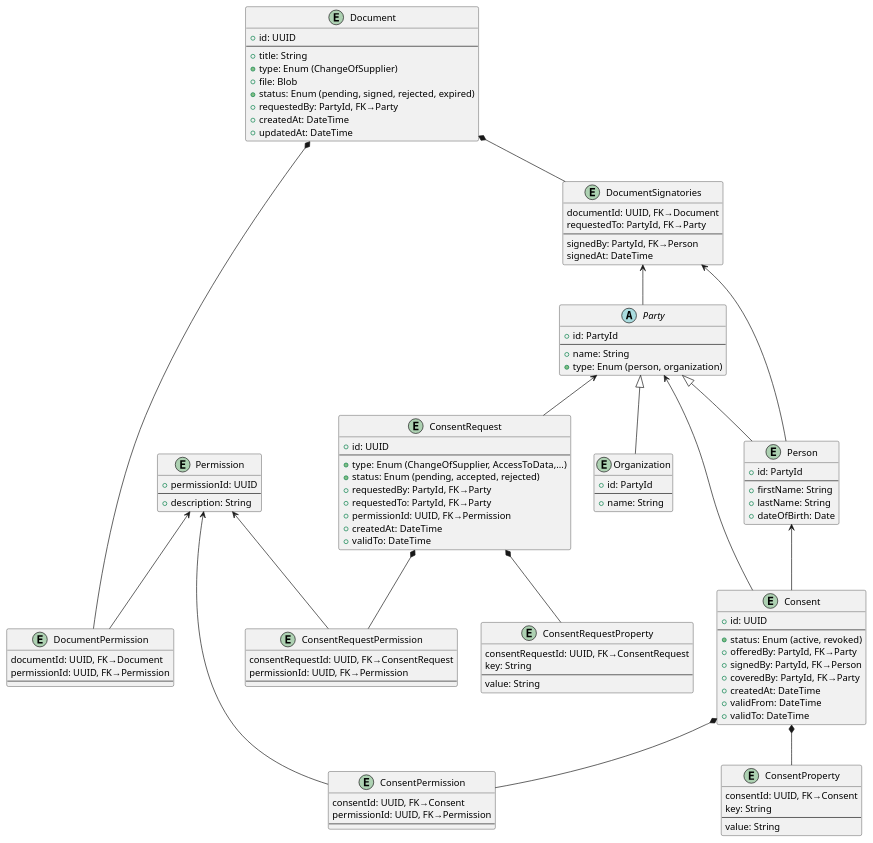
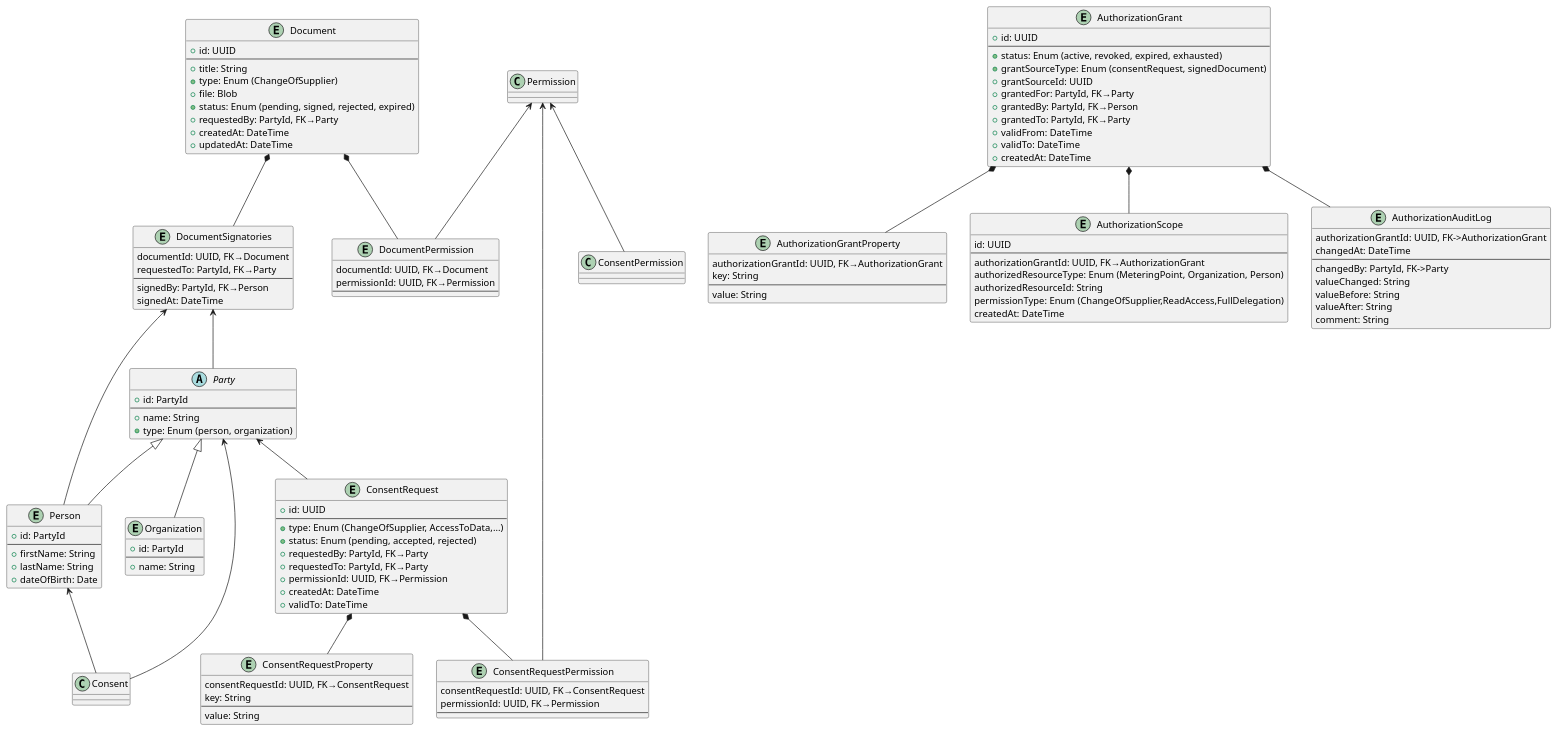
One commit to elhub/auth-grant-manager changed the diagram in docs/datamodel/datamodel.plantuml. Above: the diagram before and after it, drawn with PlantUML. The commit also changed 6 other files, not shown here.

```diff
--- a/docs/datamodel/datamodel.plantuml
+++ b/docs/datamodel/datamodel.plantuml
@@ -1,130 +1,142 @@
 @startuml datamodel
 
 ' The PartyId is a type that is used to identify a party
 ' It can be an elhub user Id or a GLN. It is a string because it can be a UUID or a GLN-number
 ' type PartyId = String
 
 abstract Party {
   + id: PartyId
   --
   + name: String
   + type: Enum (person, organization)
 }
 
 entity Person {
   + id: PartyId
   --
   + firstName: String
   + lastName: String
   + dateOfBirth: Date
 }
 
 entity Organization {
   + id: PartyId
   --
   + name: String
 }
 
-entity Consent {
+entity AuthorizationGrant {
   + id: UUID
   --
-  + status: Enum (active, revoked)
-  + offeredBy: PartyId, FK→Party
-  + signedBy: PartyId, FK→Person
-  + coveredBy: PartyId, FK→Party
-  + createdAt: DateTime
+  + status: Enum (active, revoked, expired, exhausted)
+  + grantSourceType: Enum (consentRequest, signedDocument)
+  + grantSourceId: UUID
+  + grantedFor: PartyId, FK→Party
+  + grantedBy: PartyId, FK→Person
+  + grantedTo: PartyId, FK→Party
   + validFrom: DateTime
   + validTo: DateTime
+  + createdAt: DateTime
 }
 
-' Used to store metadata related to the Consent
-entity ConsentProperty {
-  consentId: UUID, FK→Consent
+' Used to store metadata related to the AuthorizationGrant
+entity AuthorizationGrantProperty {
+  authorizationGrantId: UUID, FK→AuthorizationGrant
   key: String
   --
   value: String
 }
 
-entity ConsentPermission {
-  consentId: UUID, FK→Consent
-  permissionId: UUID, FK→Permission
+entity AuthorizationScope {
+  id: UUID
   --
+  authorizationGrantId: UUID, FK→AuthorizationGrant
+  authorizedResourceType: Enum (MeteringPoint, Organization, Person)
+  authorizedResourceId: String
+  permissionType: Enum (ChangeOfSupplier,ReadAccess,FullDelegation)
+  createdAt: DateTime
 }
 
-entity Permission {
-  + permissionId: UUID
+entity AuthorizationAuditLog {
+  authorizationGrantId: UUID, FK->AuthorizationGrant
+  changedAt: DateTime
   --
-  + description: String
+  changedBy: PartyId, FK->Party
+  valueChanged: String
+  valueBefore: String
+  valueAfter: String
+  comment: String
 }
 
 entity ConsentRequest {
   + id: UUID
   --
   + type: Enum (ChangeOfSupplier, AccessToData,...)
   + status: Enum (pending, accepted, rejected)
   + requestedBy: PartyId, FK→Party
   + requestedTo: PartyId, FK→Party
   + permissionId: UUID, FK→Permission
   + createdAt: DateTime
   + validTo: DateTime
 }
 
 entity ConsentRequestProperty {
   consentRequestId: UUID, FK→ConsentRequest
   key: String
   --
   value: String
 }
 
 entity ConsentRequestPermission {
   consentRequestId: UUID, FK→ConsentRequest
   permissionId: UUID, FK→Permission
   --
 }
 
 ' PDF's can contain metadata. Should we store properties in the PDF?
 entity Document {
   + id: UUID
   --
   + title: String
   + type: Enum (ChangeOfSupplier)
   + file: Blob
   + status: Enum (pending, signed, rejected, expired)
   + requestedBy: PartyId, FK→Party
   + createdAt: DateTime
   + updatedAt: DateTime
 }
 
 entity DocumentPermission {
   documentId: UUID, FK→Document
   permissionId: UUID, FK→Permission
   --
 }
 
 entity DocumentSignatories {
   documentId: UUID, FK→Document
   requestedTo: PartyId, FK→Party
   --
   signedBy: PartyId, FK→Person
   signedAt: DateTime
 }
 
 ' Relationships
 Party <|-- Person
 Party <|-- Organization
-Consent *-- ConsentPermission
-Consent *-- ConsentProperty
+AuthorizationGrant *-- AuthorizationGrantProperty
+AuthorizationGrant *-- AuthorizationScope
+AuthorizationGrant *-- AuthorizationAuditLog
 Permission <-- ConsentPermission
 ConsentRequest *-- ConsentRequestPermission
 ConsentRequest *-- ConsentRequestProperty
 Permission <-- ConsentRequestPermission
 Document *-- DocumentPermission
 Permission <-- DocumentPermission
 Document *-- DocumentSignatories
 DocumentSignatories <-- Party
 DocumentSignatories <-- Person
 Party <-- Consent
 Person <-- Consent
 Party <-- ConsentRequest
 
 @enduml
```
